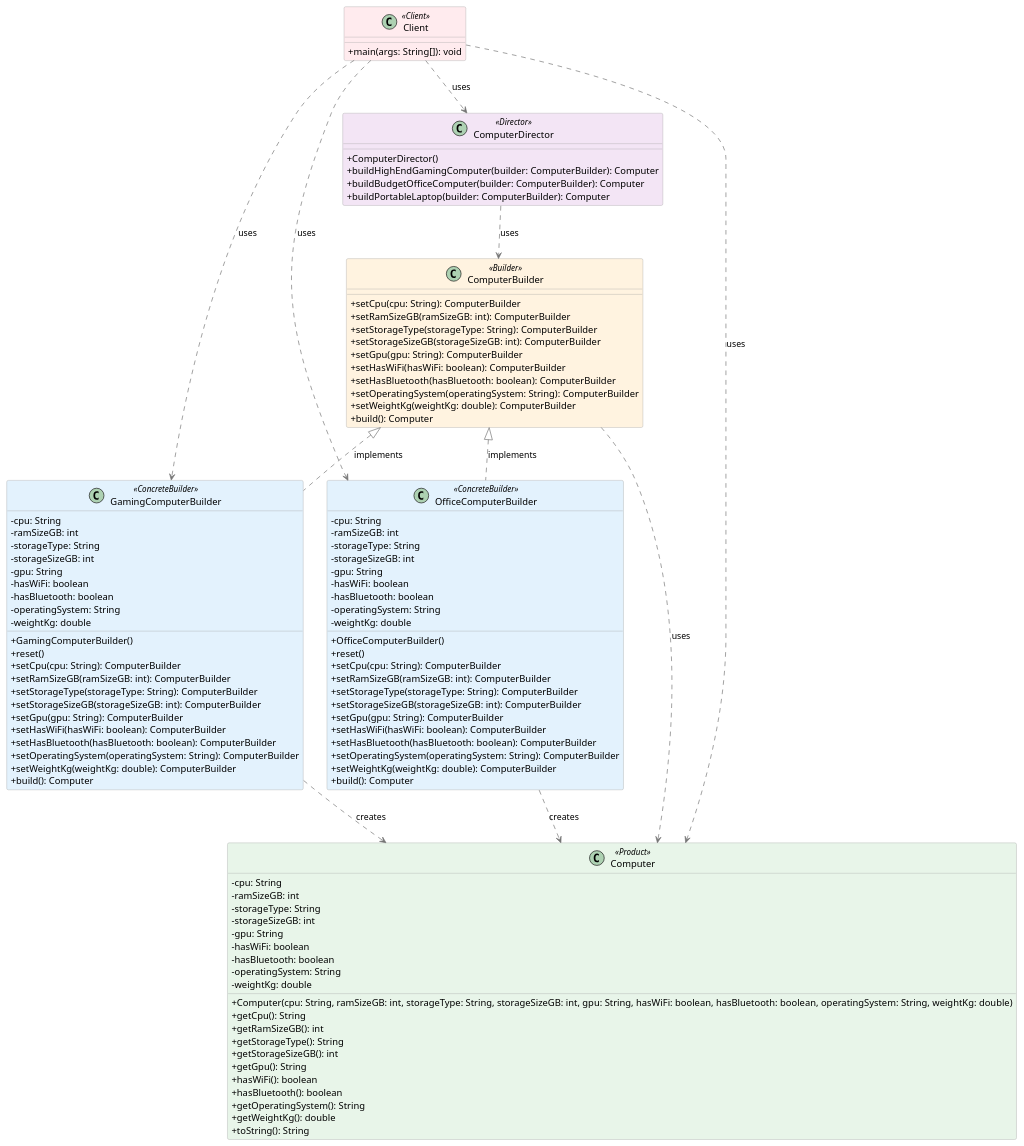
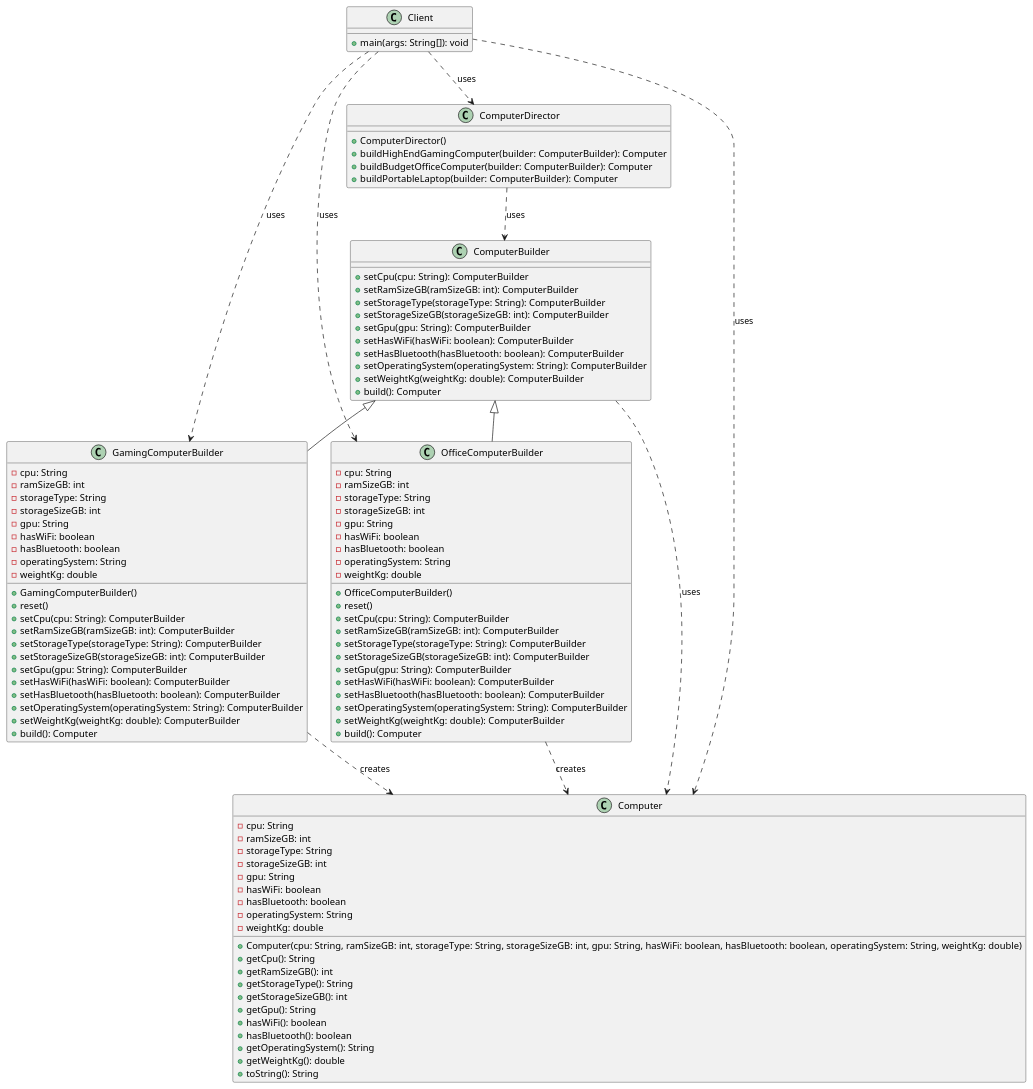
The diagram in docs/uml/computer-builder.puml (muxammedp/SDP-ASSIGNMENT1), drawn with PlantUML before and after one commit.

Commit message:
Fix UML diagram syntax

```diff
--- a/docs/uml/computer-builder.puml
+++ b/docs/uml/computer-builder.puml
@@ -1,122 +1,109 @@
 @startuml
-' Define skin parameters for better appearance
-skinparam classAttributeIconSize 0
-skinparam class {
-  BackgroundColor<<Product>> #E8F5E9
-  BackgroundColor<<Builder>> #FFF3E0
-  BackgroundColor<<ConcreteBuilder>> #E3F2FD
-  BackgroundColor<<Director>> #F3E5F5
-  BackgroundColor<<Client>> #FFEBEE
-  ArrowColor #757575
-  BorderColor #9E9E9E
-}
-
 ' Classes
-class Computer <<Product>> {
+class Computer {
   -cpu: String
   -ramSizeGB: int
   -storageType: String
   -storageSizeGB: int
   -gpu: String
   -hasWiFi: boolean
   -hasBluetooth: boolean
   -operatingSystem: String
   -weightKg: double
   +Computer(cpu: String, ramSizeGB: int, storageType: String, storageSizeGB: int, gpu: String, hasWiFi: boolean, hasBluetooth: boolean, operatingSystem: String, weightKg: double)
   +getCpu(): String
   +getRamSizeGB(): int
   +getStorageType(): String
   +getStorageSizeGB(): int
   +getGpu(): String
   +hasWiFi(): boolean
   +hasBluetooth(): boolean
   +getOperatingSystem(): String
   +getWeightKg(): double
   +toString(): String
 }
 
-class ComputerBuilder <<Builder>> {
+class ComputerBuilder {
   +setCpu(cpu: String): ComputerBuilder
   +setRamSizeGB(ramSizeGB: int): ComputerBuilder
   +setStorageType(storageType: String): ComputerBuilder
   +setStorageSizeGB(storageSizeGB: int): ComputerBuilder
   +setGpu(gpu: String): ComputerBuilder
   +setHasWiFi(hasWiFi: boolean): ComputerBuilder
   +setHasBluetooth(hasBluetooth: boolean): ComputerBuilder
   +setOperatingSystem(operatingSystem: String): ComputerBuilder
   +setWeightKg(weightKg: double): ComputerBuilder
   +build(): Computer
 }
 
-class GamingComputerBuilder <<ConcreteBuilder>> {
+class GamingComputerBuilder {
   -cpu: String
   -ramSizeGB: int
   -storageType: String
   -storageSizeGB: int
   -gpu: String
   -hasWiFi: boolean
   -hasBluetooth: boolean
   -operatingSystem: String
   -weightKg: double
   +GamingComputerBuilder()
   +reset()
   +setCpu(cpu: String): ComputerBuilder
   +setRamSizeGB(ramSizeGB: int): ComputerBuilder
   +setStorageType(storageType: String): ComputerBuilder
   +setStorageSizeGB(storageSizeGB: int): ComputerBuilder
   +setGpu(gpu: String): ComputerBuilder
   +setHasWiFi(hasWiFi: boolean): ComputerBuilder
   +setHasBluetooth(hasBluetooth: boolean): ComputerBuilder
   +setOperatingSystem(operatingSystem: String): ComputerBuilder
   +setWeightKg(weightKg: double): ComputerBuilder
   +build(): Computer
 }
 
-class OfficeComputerBuilder <<ConcreteBuilder>> {
+class OfficeComputerBuilder {
   -cpu: String
   -ramSizeGB: int
   -storageType: String
   -storageSizeGB: int
   -gpu: String
   -hasWiFi: boolean
   -hasBluetooth: boolean
   -operatingSystem: String
   -weightKg: double
   +OfficeComputerBuilder()
   +reset()
   +setCpu(cpu: String): ComputerBuilder
   +setRamSizeGB(ramSizeGB: int): ComputerBuilder
   +setStorageType(storageType: String): ComputerBuilder
   +setStorageSizeGB(storageSizeGB: int): ComputerBuilder
   +setGpu(gpu: String): ComputerBuilder
   +setHasWiFi(hasWiFi: boolean): ComputerBuilder
   +setHasBluetooth(hasBluetooth: boolean): ComputerBuilder
   +setOperatingSystem(operatingSystem: String): ComputerBuilder
   +setWeightKg(weightKg: double): ComputerBuilder
   +build(): Computer
 }
 
-class ComputerDirector <<Director>> {
+class ComputerDirector {
   +ComputerDirector()
   +buildHighEndGamingComputer(builder: ComputerBuilder): Computer
   +buildBudgetOfficeComputer(builder: ComputerBuilder): Computer
   +buildPortableLaptop(builder: ComputerBuilder): Computer
 }
 
-class Client <<Client>> {
+class Client {
   +main(args: String[]): void
 }
 
 ' Relationships
-ComputerBuilder <|.. GamingComputerBuilder : implements
-ComputerBuilder <|.. OfficeComputerBuilder : implements
+ComputerBuilder <|-- GamingComputerBuilder
+ComputerBuilder <|-- OfficeComputerBuilder
 ComputerBuilder ..> Computer : uses
 GamingComputerBuilder ..> Computer : creates
 OfficeComputerBuilder ..> Computer : creates
 ComputerDirector ..> ComputerBuilder : uses
 Client ..> GamingComputerBuilder : uses
 Client ..> OfficeComputerBuilder : uses
 Client ..> ComputerDirector : uses
 Client ..> Computer : uses
-
 @enduml
```
